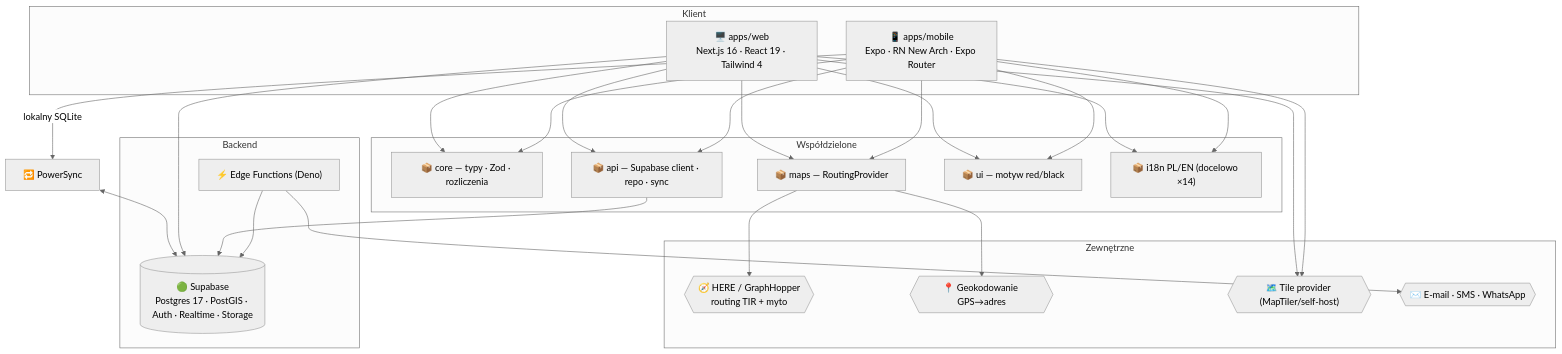
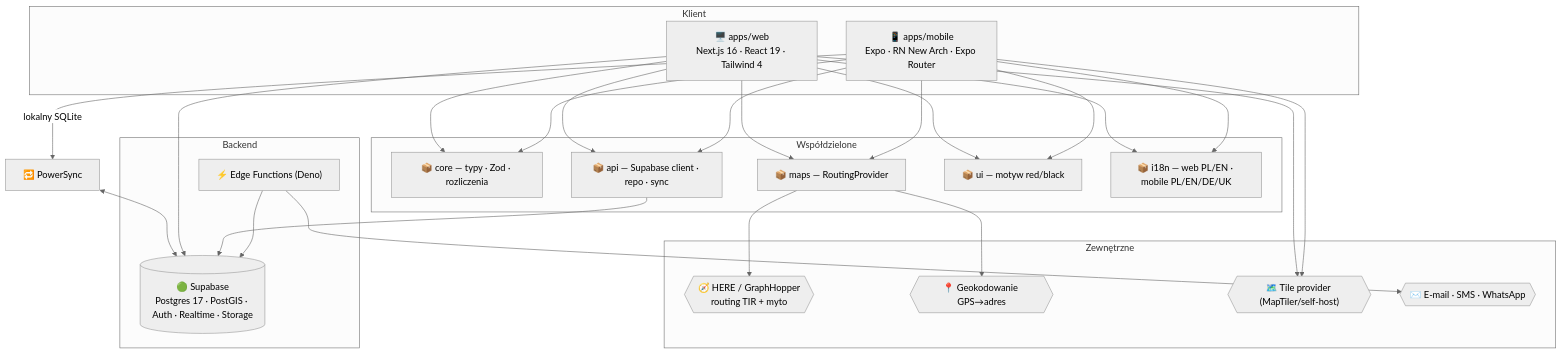
One commit to Gh0s777tt/E-Map changed the first of 2 diagrams in docs/ARCHITECTURE.md. Above: the diagram before and after it, drawn with Mermaid (neutral theme). The commit also changed other lines of this file and 69 other files, not shown here.

````diff
--- a/docs/ARCHITECTURE.md
+++ b/docs/ARCHITECTURE.md
@@ -54,36 +55,36 @@
 ```mermaid
 flowchart TB
   subgraph Klient
     WEB["🖥️ apps/web<br/>Next.js 16 · React 19 · Tailwind 4"]
     MOB["📱 apps/mobile<br/>Expo · RN New Arch · Expo Router"]
   end
   subgraph Współdzielone
     CORE["📦 core — typy · Zod · rozliczenia"]
     API["📦 api — Supabase client · repo · sync"]
     MAPS["📦 maps — RoutingProvider"]
     UI["📦 ui — motyw red/black"]
-    I18N["📦 i18n PL/EN (docelowo ×14)"]
+    I18N["📦 i18n — web PL/EN · mobile PL/EN/DE/UK"]
   end
   subgraph Backend
     SB[("🟢 Supabase<br/>Postgres 17 · PostGIS · Auth · Realtime · Storage")]
     EDGE["⚡ Edge Functions (Deno)"]
   end
   subgraph Zewnętrzne
     ROUTE{{"🧭 HERE / GraphHopper<br/>routing TIR + myto"}}
     GEO{{"📍 Geokodowanie GPS→adres"}}
     TILES{{"🗺️ Tile provider (MapTiler/self-host)"}}
     MSG{{"✉️ E-mail · SMS · WhatsApp"}}
   end
 
   WEB --> CORE & API & MAPS & UI & I18N
   MOB --> CORE & API & MAPS & UI & I18N
   MOB -->|lokalny SQLite| PS["🔁 PowerSync"]
   PS <--> SB
   WEB --> SB
   API --> SB
   EDGE --> SB
   MAPS --> ROUTE
   MAPS --> GEO
   WEB & MOB --> TILES
   EDGE --> MSG
 ```
````
